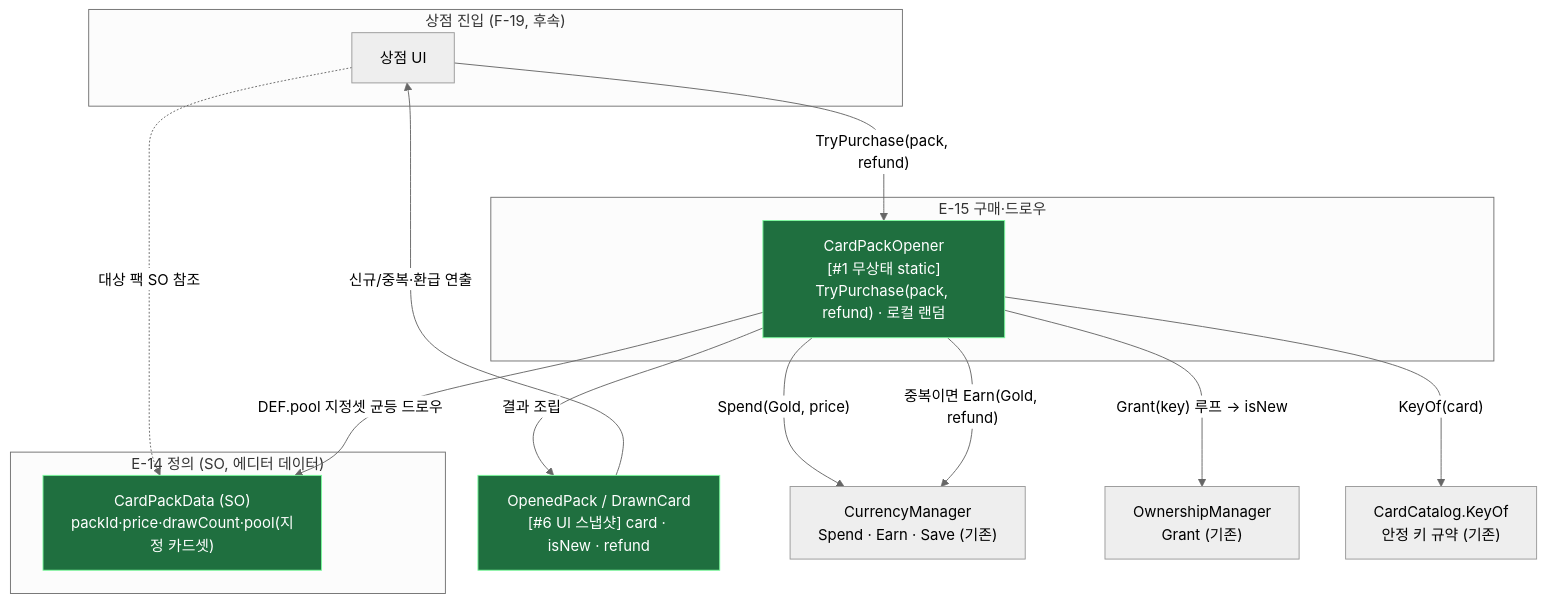
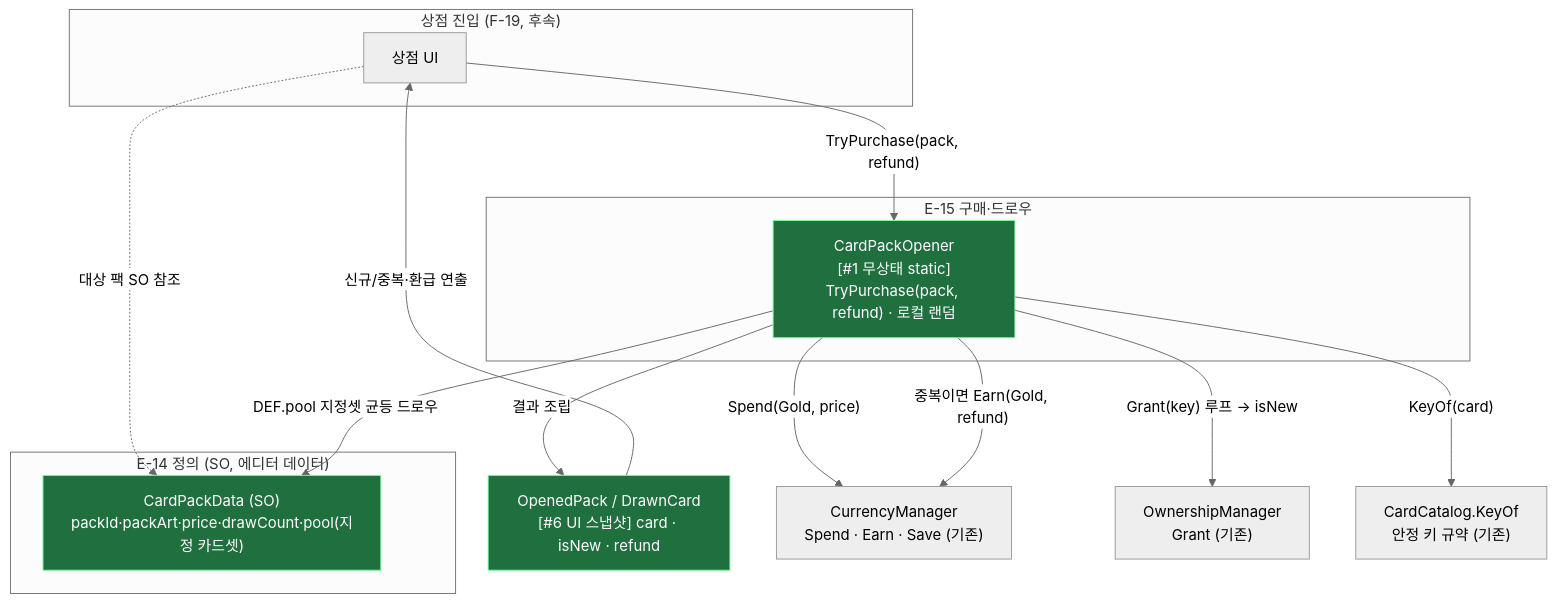
One commit to hspark-maker/TeamfightTCG_Migriation changed the seventh of 18 diagrams in docs/OutGamePlan/STRUCTURE.md. Above: the diagram before and after it, drawn with Mermaid (neutral theme). The commit also changed other lines of this file and 21 other files, not shown here.

````diff
--- a/docs/OutGamePlan/STRUCTURE.md
+++ b/docs/OutGamePlan/STRUCTURE.md
@@ -328,29 +329,29 @@
 ```mermaid
 flowchart TD
     subgraph shop["상점 진입 (F-19, 후속)"]
         SHOP["상점 UI"]
     end
     subgraph def["E-14 정의 (SO, 에디터 데이터)"]
-        DEF["CardPackData (SO)<br/>packId·price·drawCount·pool(지정 카드셋)"]:::new
+        DEF["CardPackData (SO)<br/>packId·packArt·price·drawCount·pool(지정 카드셋)"]:::new
     end
     subgraph svc["E-15 구매·드로우"]
         SVC["CardPackOpener<br/>[#1 무상태 static]<br/>TryPurchase(pack, refund) · 로컬 랜덤"]:::new
     end
     RES["OpenedPack / DrawnCard<br/>[#6 UI 스냅샷] card · isNew · refund"]:::new
 
     CUR["CurrencyManager<br/>Spend · Earn · Save (기존)"]
     OWN["OwnershipManager<br/>Grant (기존)"]
     KEY["CardCatalog.KeyOf<br/>안정 키 규약 (기존)"]
 
     SHOP -->|"TryPurchase(pack, refund)"| SVC
     SHOP -.->|"대상 팩 SO 참조"| DEF
     SVC -->|"Spend(Gold, price)"| CUR
     SVC -->|"DEF.pool 지정셋 균등 드로우"| DEF
     SVC -->|"KeyOf(card)"| KEY
     SVC -->|"Grant(key) 루프 → isNew"| OWN
     SVC -->|"중복이면 Earn(Gold, refund)"| CUR
     SVC -->|"결과 조립"| RES
     RES -->|"신규/중복·환급 연출"| SHOP
 
     classDef new fill:#1f6f3f,stroke:#7CFC9E,color:#fff;
 ```
````
